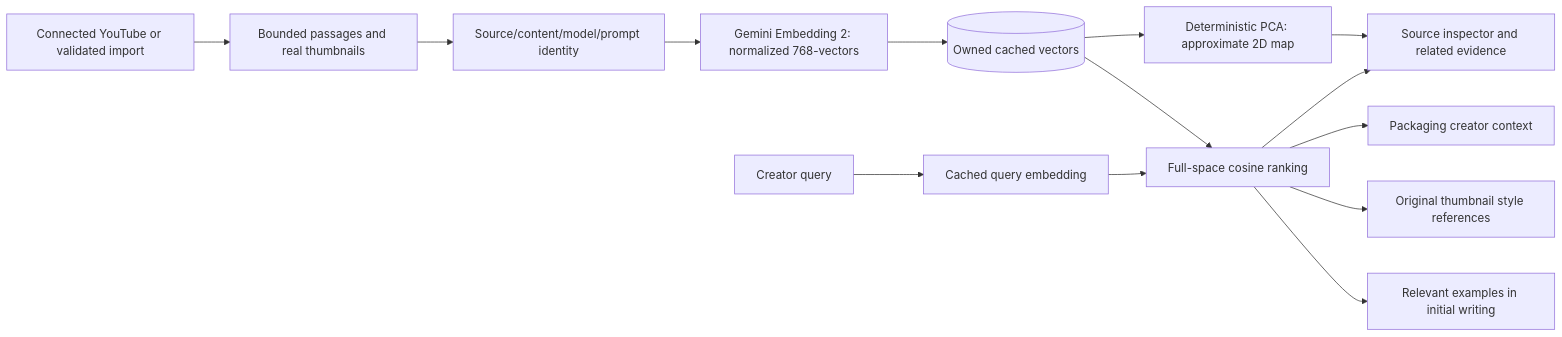
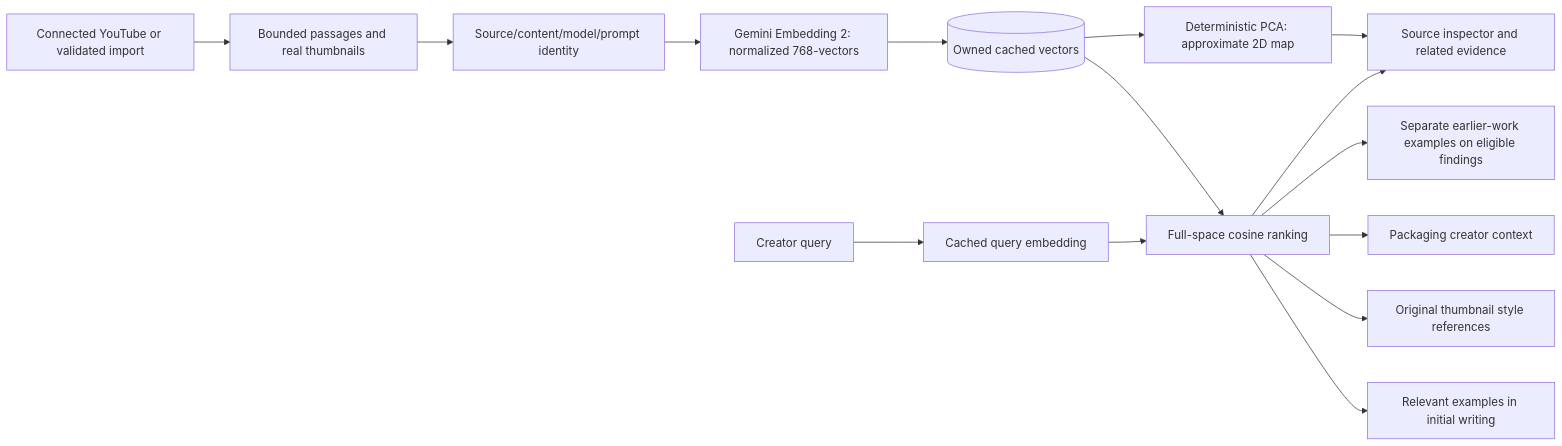
One commit to Saad-Surve/aibuildercup changed the third of 5 diagrams in docs/technical-design/diagrams.md. Above: the diagram before and after it, drawn with Mermaid. The commit also changed other lines of this file and 22 other files, not shown here.

````diff
--- a/docs/technical-design/diagrams.md
+++ b/docs/technical-design/diagrams.md
@@ -78,16 +98,17 @@
 ```mermaid
 flowchart LR
     Sources[Connected YouTube or validated import] --> Passages[Bounded passages and real thumbnails]
     Passages --> Hash[Source/content/model/prompt identity]
     Hash --> Embed[Gemini Embedding 2: normalized 768-vectors]
     Embed --> Saved[(Owned cached vectors)]
     Query[Creator query] --> QCache[Cached query embedding]
     QCache --> Cosine[Full-space cosine ranking]
     Saved --> Cosine
     Cosine --> Draft[Relevant examples in initial writing]
     Cosine --> Thumbnail[Original thumbnail style references]
     Cosine --> Package[Packaging creator context]
+    Cosine --> Earlier[Separate earlier-work examples on eligible findings]
     Saved --> PCA[Deterministic PCA: approximate 2D map]
     PCA --> Inspector[Source inspector and related evidence]
     Cosine --> Inspector
 ```
````
